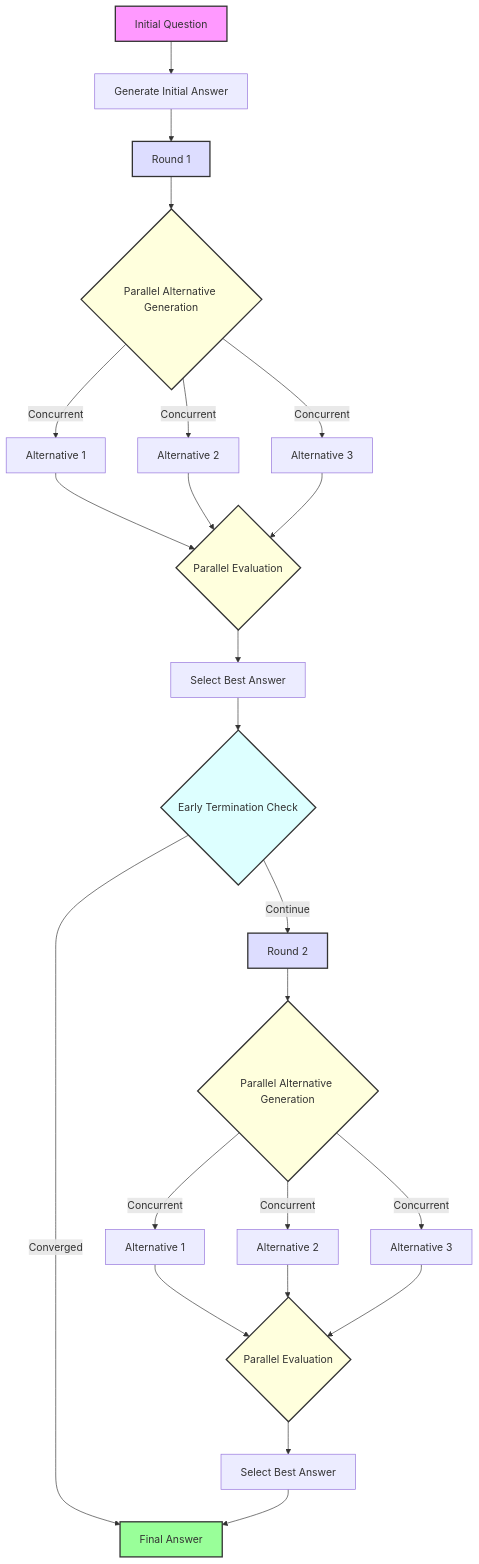
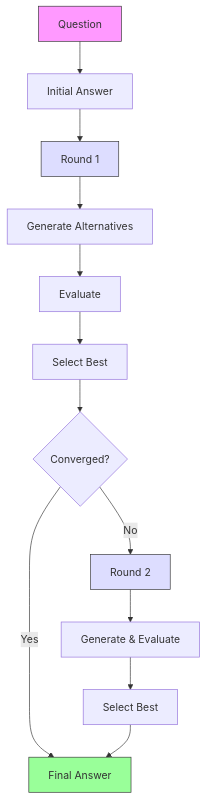
The diagram in README.md (tomascupr/thinkthread), drawn with Mermaid before and after one commit. The commit also changed other lines of this file and 1 other file, not shown here.

Commit message:
Improve READMEs and make diagram smaller

````diff
--- a/README.md
+++ b/README.md
@@ -18,42 +20,19 @@
 ```mermaid
 graph TD
-    A[Initial Question] --> B[Generate Initial Answer]
+    A[Question] --> B[Initial Answer]
     B --> C[Round 1]
-    
-    C --> D{Parallel Alternative Generation}
-    D --> |Concurrent| D1[Alternative 1]
-    D --> |Concurrent| D2[Alternative 2]
-    D --> |Concurrent| D3[Alternative 3]
-    
-    D1 --> E{Parallel Evaluation}
-    D2 --> E
-    D3 --> E
-    
-    E --> F[Select Best Answer]
-    
-    F --> G1{Early Termination Check}
-    G1 -->|Converged| K[Final Answer]
-    G1 -->|Continue| G[Round 2]
-    
-    G --> H{Parallel Alternative Generation}
-    H --> |Concurrent| H1[Alternative 1]
-    H --> |Concurrent| H2[Alternative 2]
-    H --> |Concurrent| H3[Alternative 3]
-    
-    H1 --> I{Parallel Evaluation}
-    H2 --> I
-    H3 --> I
-    
-    I --> J[Select Best Answer]
+    C --> D[Generate Alternatives]
+    D --> E[Evaluate]
+    E --> F[Select Best]
+    F --> G{Converged?}
+    G -->|Yes| K[Final Answer]
+    G -->|No| H[Round 2]
+    H --> I[Generate & Evaluate]
+    I --> J[Select Best]
     J --> K
     
-    style A fill:#f9f,stroke:#333,stroke-width:2px
-    style K fill:#9f9,stroke:#333,stroke-width:2px
-    style C fill:#ddf,stroke:#333,stroke-width:2px
-    style G fill:#ddf,stroke:#333,stroke-width:2px
-    style D fill:#ffd,stroke:#333,stroke-width:2px
-    style E fill:#ffd,stroke:#333,stroke-width:2px
-    style H fill:#ffd,stroke:#333,stroke-width:2px
-    style I fill:#ffd,stroke:#333,stroke-width:2px
-    style G1 fill:#dff,stroke:#333,stroke-width:2px
+    style A fill:#f9f,stroke:#333,stroke-width:1px
+    style K fill:#9f9,stroke:#333,stroke-width:1px
+    style C fill:#ddf,stroke:#333,stroke-width:1px
+    style H fill:#ddf,stroke:#333,stroke-width:1px
 ```
````
